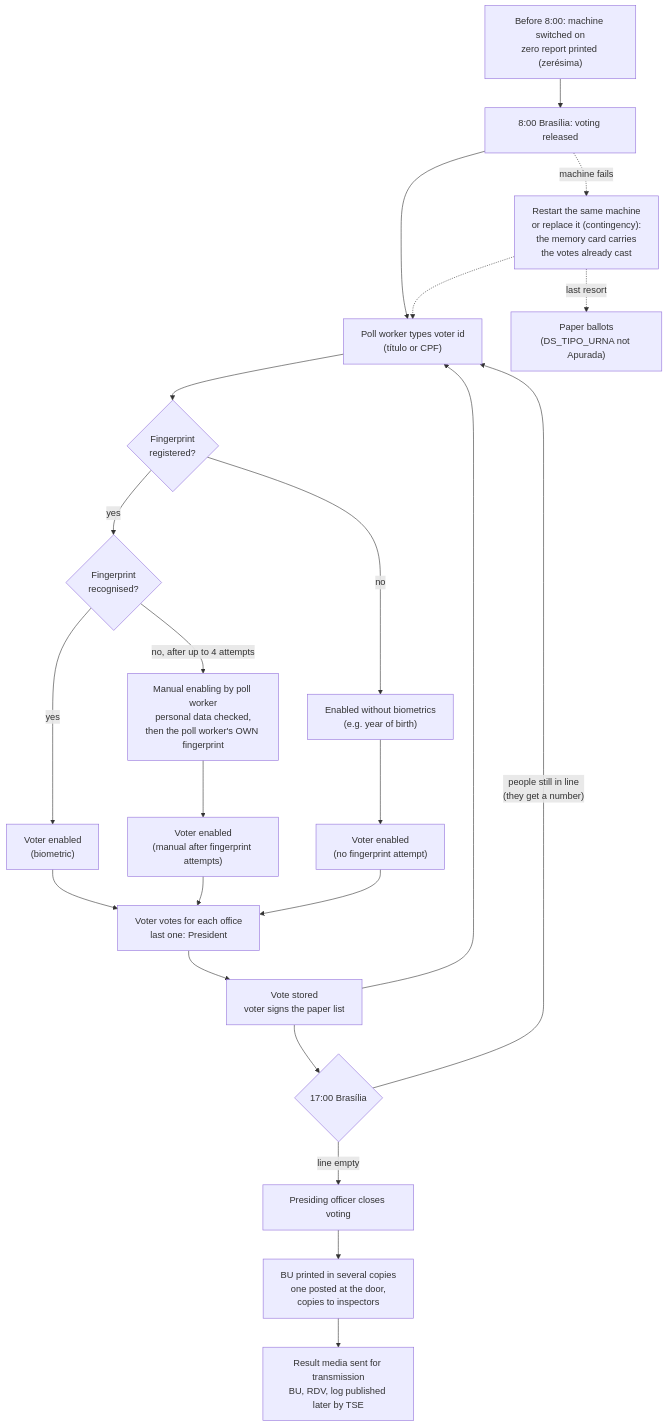
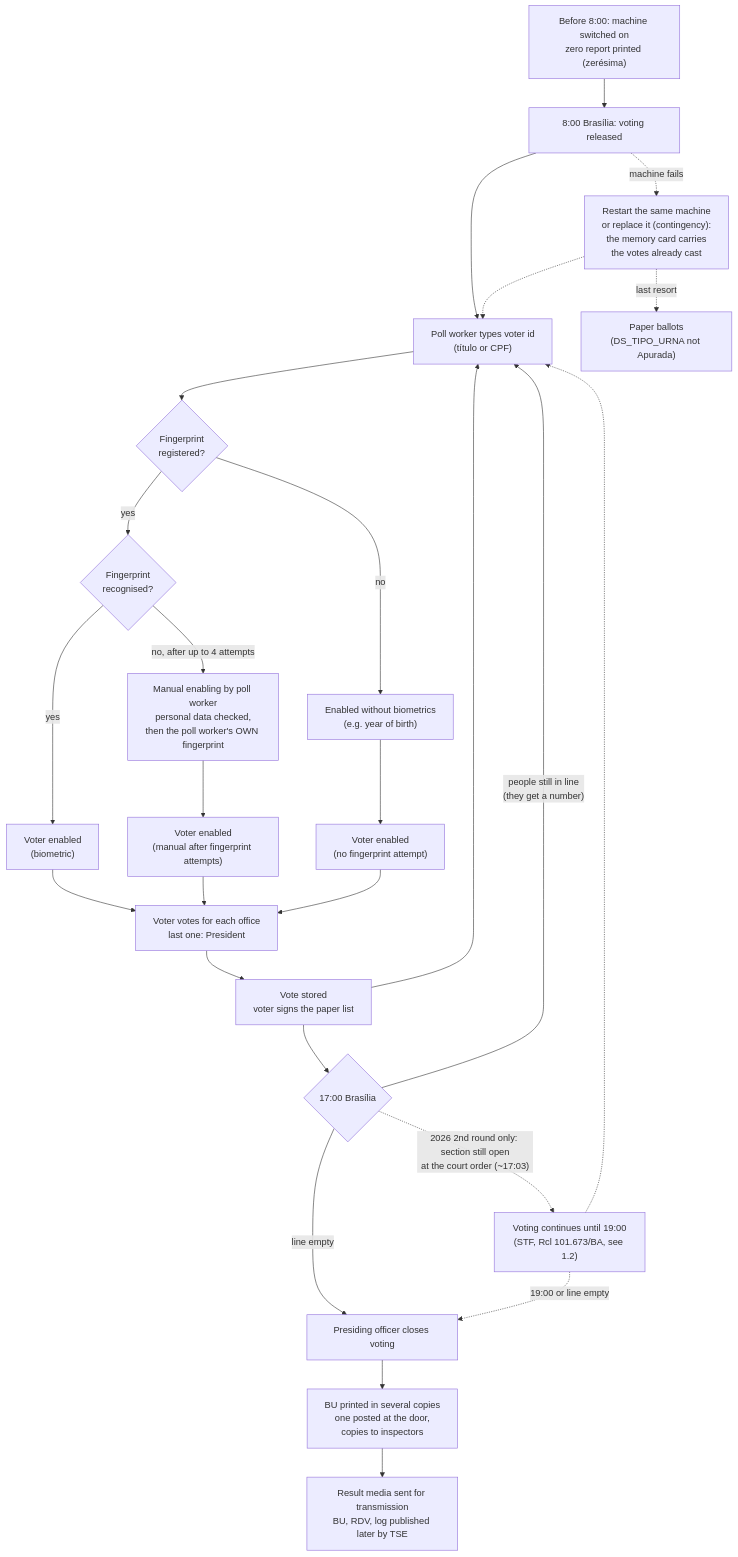
Before and after one commit to JonatasOnca/Auditoria-Eleicao-2026: the diagram in RESEARCH_PLAN.md, drawn with Mermaid. The commit also changed other lines of this file and 1 other file, not shown here.

````diff
--- a/RESEARCH_PLAN.md
+++ b/RESEARCH_PLAN.md
@@ -53,25 +53,28 @@
 ```mermaid
 flowchart TD
     A["Before 8:00: machine switched on<br/>zero report printed (zerésima)"] --> B["8:00 Brasília: voting released"]
     B --> C["Poll worker types voter id<br/>(título or CPF)"]
     C --> D{"Fingerprint<br/>registered?"}
     D -- yes --> E{"Fingerprint<br/>recognised?"}
     E -- yes --> H["Voter enabled<br/>(biometric)"]
     E -- "no, after up to 4 attempts" --> F["Manual enabling by poll worker<br/>personal data checked,<br/>then the poll worker's OWN fingerprint"]
     D -- no --> G["Enabled without biometrics<br/>(e.g. year of birth)"]
     F --> I["Voter enabled<br/>(manual after fingerprint attempts)"]
     G --> J["Voter enabled<br/>(no fingerprint attempt)"]
     H --> K["Voter votes for each office<br/>last one: President"]
     I --> K
     J --> K
     K --> L["Vote stored<br/>voter signs the paper list"]
     L --> C
     L --> M{"17:00 Brasília"}
     M -- "people still in line<br/>(they get a number)" --> C
     M -- "line empty" --> N["Presiding officer closes voting"]
+    M -. "2026 2nd round only: section still open<br/>at the court order (~17:03)" .-> X["Voting continues until 19:00<br/>(STF, Rcl 101.673/BA, see 1.2)"]
+    X -.-> C
+    X -. "19:00 or line empty" .-> N
     N --> O["BU printed in several copies<br/>one posted at the door,<br/>copies to inspectors"]
     O --> P["Result media sent for transmission<br/>BU, RDV, log published later by TSE"]
     B -. "machine fails" .-> Q["Restart the same machine<br/>or replace it (contingency):<br/>the memory card carries<br/>the votes already cast"]
     Q -. "last resort" .-> R["Paper ballots<br/>(DS_TIPO_URNA not Apurada)"]
     Q -.-> C
 ```
````
